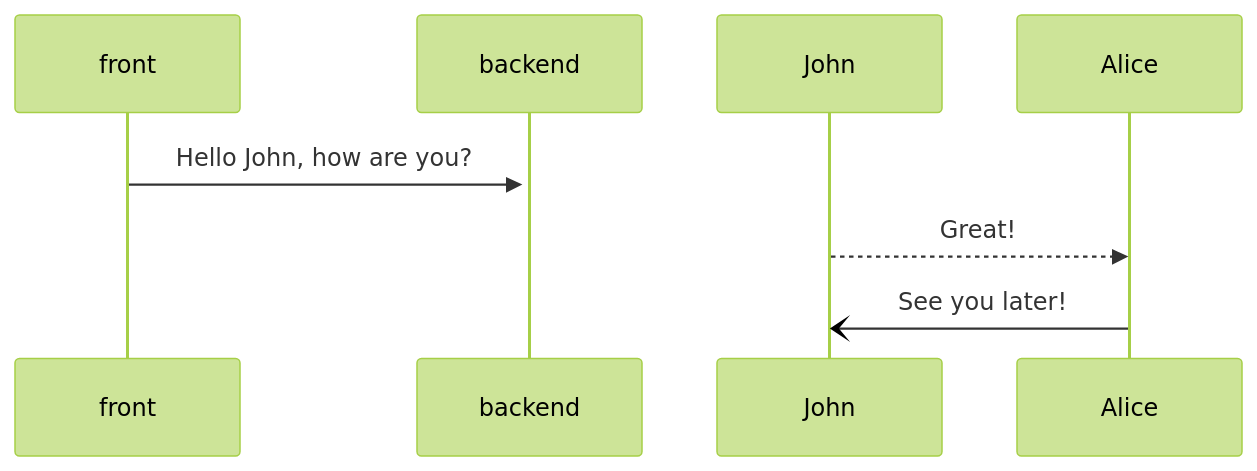
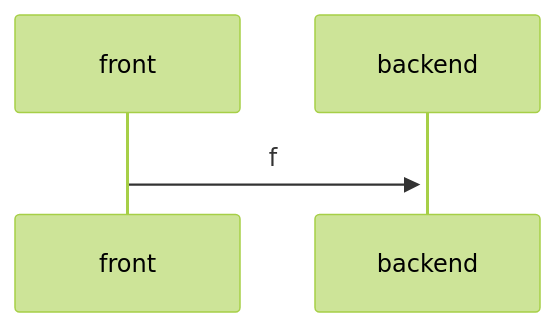
Before and after one commit to yingjianzh/iodraw-files: the diagram in all/未命名-4.md, drawn with Mermaid (forest theme).

Commit message:
2024-08-05 11:12:05 update

````diff
--- a/all/未命名-4.md
+++ b/all/未命名-4.md
@@ -1,6 +1,5 @@
 ```mermaid
 sequenceDiagram
-    front->>+backend: Hello John, how are you?
-    John-->>Alice: Great!
-    Alice-)John: See you later!
+    front->>+backend: f
+   
 ```
````
